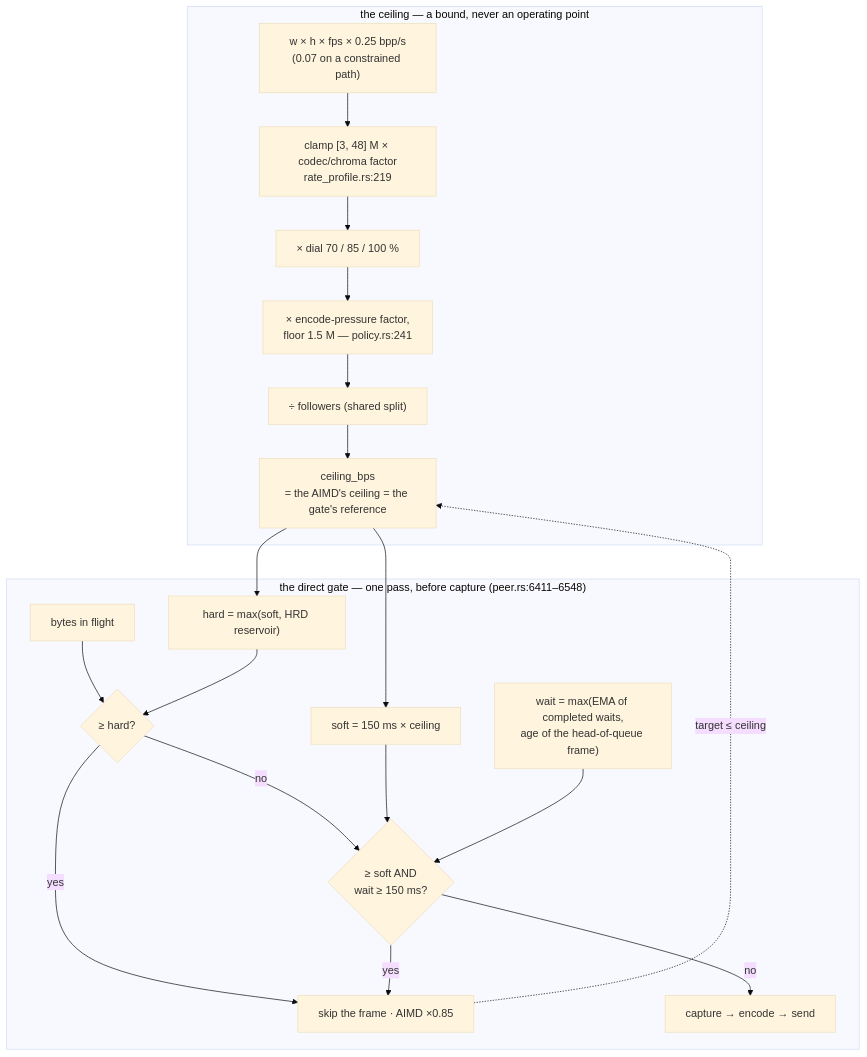
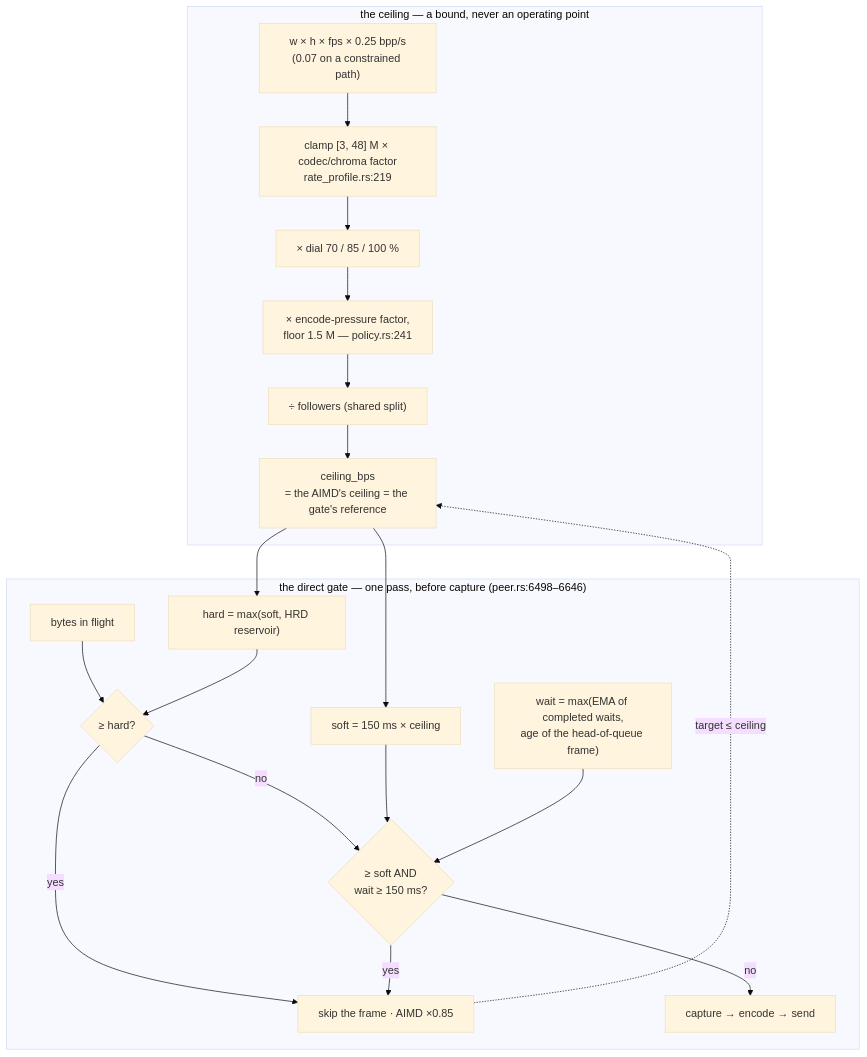
Before and after one commit to gjovanov/roomler-ai: the fifth of 10 diagrams in docs/rate-control.md, drawn with Mermaid (base theme). The commit also changed other lines of this file and 35 other files, not shown here.

````diff
--- a/docs/rate-control.md
+++ b/docs/rate-control.md
@@ -755,24 +755,24 @@
 ```mermaid
 flowchart TB
     subgraph ceiling["the ceiling — a bound, never an operating point"]
         G["w × h × fps × 0.25 bpp/s<br/>(0.07 on a constrained path)"] --> C["clamp [3, 48] M × codec/chroma factor<br/>rate_profile.rs:219"]
         C --> D["× dial 70 / 85 / 100 %"]
         D --> E["× encode-pressure factor,<br/>floor 1.5 M — policy.rs:241"]
         E --> S["÷ followers (shared split)"]
         S --> CEIL["ceiling_bps<br/>= the AIMD's ceiling = the gate's reference"]
     end
-    subgraph gate["the direct gate — one pass, before capture (peer.rs:6411–6548)"]
+    subgraph gate["the direct gate — one pass, before capture (peer.rs:6498–6646)"]
         CEIL --> SOFT["soft = 150 ms × ceiling"]
         CEIL --> HARD["hard = max(soft, HRD reservoir)"]
         W["wait = max(EMA of completed waits,<br/>age of the head-of-queue frame)"]
         Q["bytes in flight"] --> H{"≥ hard?"}
         HARD --> H
         H -- yes --> TRIP["skip the frame · AIMD ×0.85"]
         H -- no --> SQ{"≥ soft AND<br/>wait ≥ 150 ms?"}
         SOFT --> SQ
         W --> SQ
         SQ -- yes --> TRIP
         SQ -- no --> PASS["capture → encode → send"]
     end
     TRIP -.->|"target ≤ ceiling"| CEIL
 ```
````
